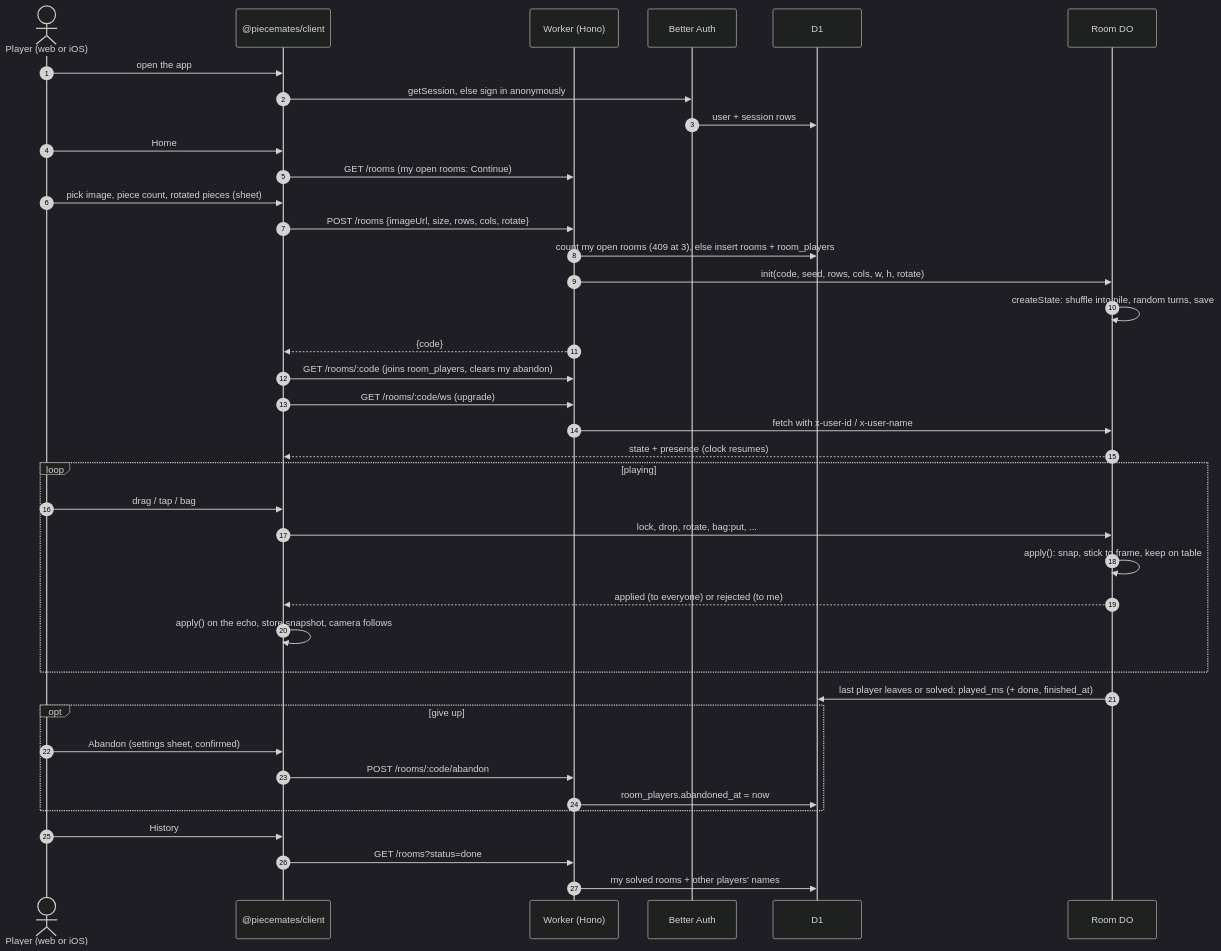
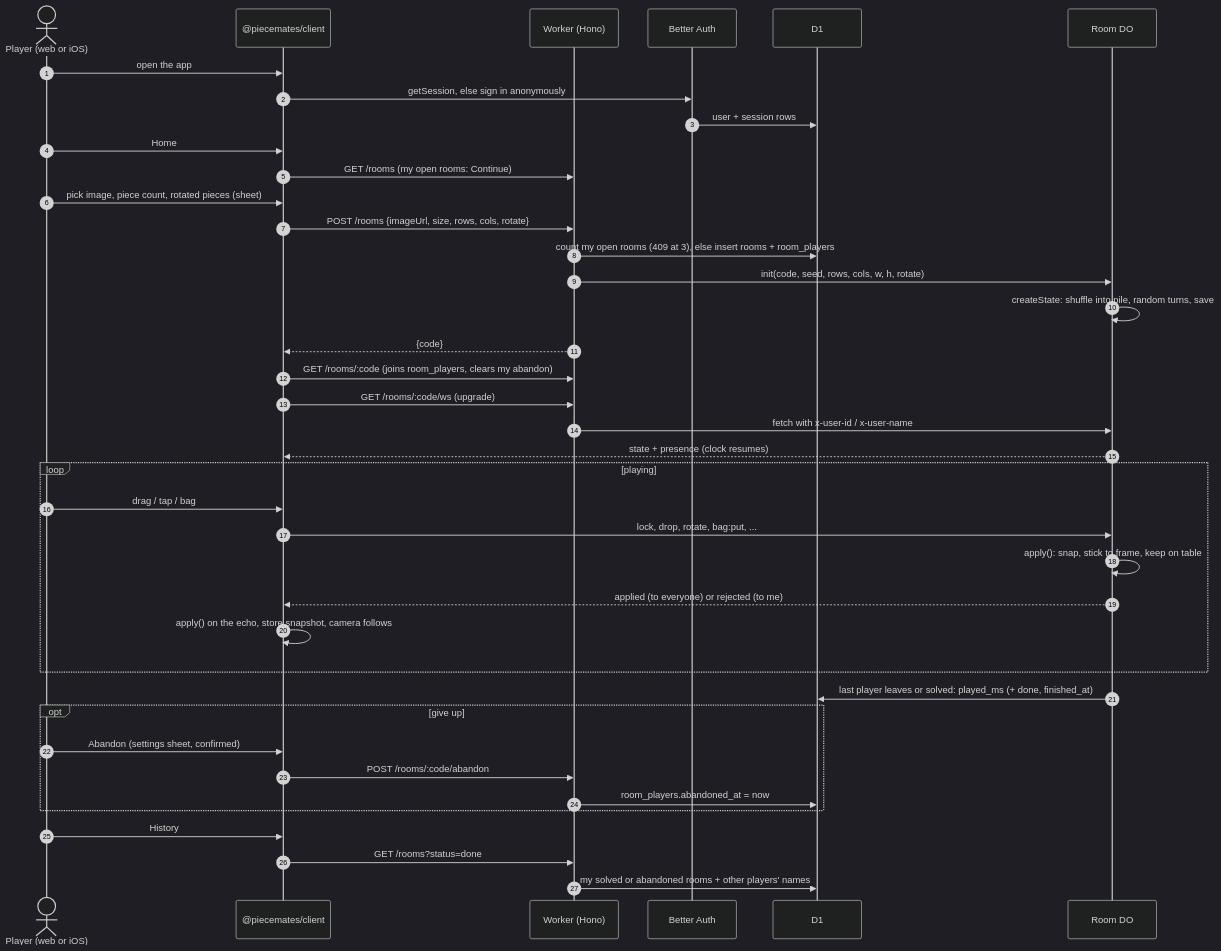
The second of 2 diagrams in ARCHITECTURE.md (fatihkayan20/piecemates), drawn with Mermaid (dark theme) before and after one commit. The commit also changed other lines of this file and 7 other files, not shown here.

Commit message:
feat: History lists abandoned rooms too; reopening one counts against the open-room cap

````diff
--- a/ARCHITECTURE.md
+++ b/ARCHITECTURE.md
@@ -70,42 +70,42 @@
 ```mermaid
 sequenceDiagram
   autonumber
   actor P as Player (web or iOS)
   participant C as @piecemates/client
   participant W as Worker (Hono)
   participant A as Better Auth
   participant D1 as D1
   participant R as Room DO
 
   P->>C: open the app
   C->>A: getSession, else sign in anonymously
   A->>D1: user + session rows
   P->>C: Home
   C->>W: GET /rooms (my open rooms: Continue)
   P->>C: pick image, piece count, rotated pieces (sheet)
   C->>W: POST /rooms {imageUrl, size, rows, cols, rotate}
   W->>D1: count my open rooms (409 at 3), else insert rooms + room_players
   W->>R: init(code, seed, rows, cols, w, h, rotate)
   R->>R: createState: shuffle into pile, random turns, save
   W-->>C: {code}
   C->>W: GET /rooms/:code (joins room_players, clears my abandon)
   C->>W: GET /rooms/:code/ws (upgrade)
   W->>R: fetch with x-user-id / x-user-name
   R-->>C: state + presence (clock resumes)
   loop playing
     P->>C: drag / tap / bag
     C->>R: lock, drop, rotate, bag:put, ...
     R->>R: apply(): snap, stick to frame, keep on table
     R-->>C: applied (to everyone) or rejected (to me)
     C->>C: apply() on the echo, store snapshot, camera follows
   end
   R->>D1: last player leaves or solved: played_ms (+ done, finished_at)
   opt give up
     P->>C: Abandon (settings sheet, confirmed)
     C->>W: POST /rooms/:code/abandon
     W->>D1: room_players.abandoned_at = now
   end
   P->>C: History
   C->>W: GET /rooms?status=done
-  W->>D1: my solved rooms + other players' names
+  W->>D1: my solved or abandoned rooms + other players' names
 ```
````
